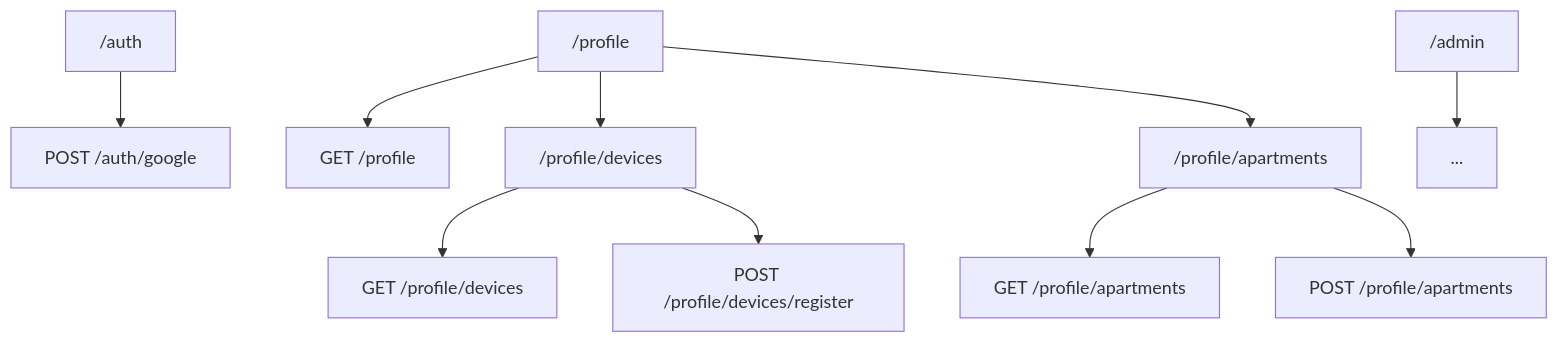
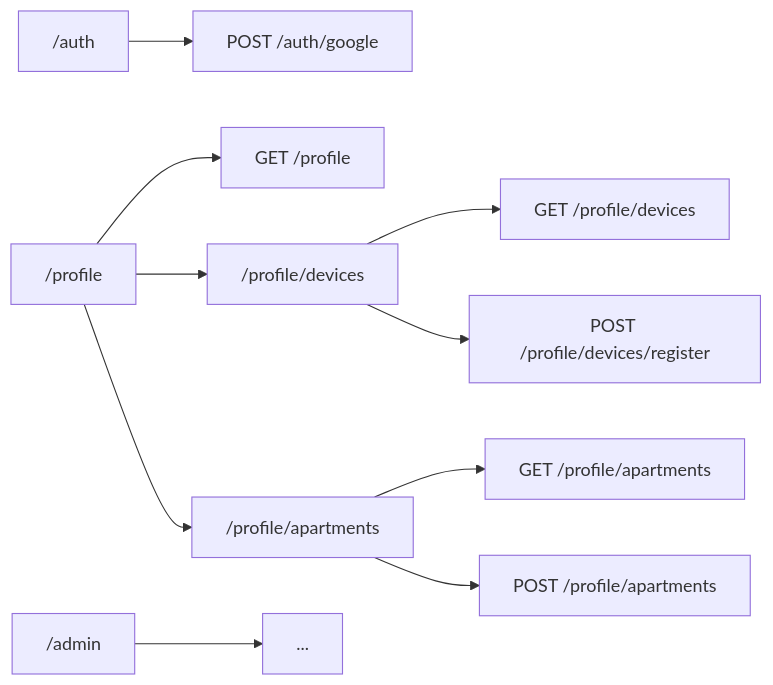
One commit to jonasfh/picobell changed the diagram in server/README.md. Above: the diagram before and after it, drawn with Mermaid.

Commit message:
Penere visning

````diff
--- a/server/README.md
+++ b/server/README.md
@@ -33,27 +33,27 @@
 ```mermaid
-flowchart TD
+flowchart LR
     A["/auth"]
     A1["POST /auth/google"]
 
     B["/profile"]
     B1["GET /profile"]
     B2["/profile/devices"]
     B21["GET /profile/devices"]
     B22["POST /profile/devices/register"]
     B3["/profile/apartments"]
     B31["GET /profile/apartments"]
     B32["POST /profile/apartments"]
 
     C["/admin"]
     C1["..."]
 
     A --> A1
     B --> B1
     B --> B2
     B2 --> B21
     B2 --> B22
     B --> B3
     B3 --> B31
     B3 --> B32
     C --> C1
 ```
````
